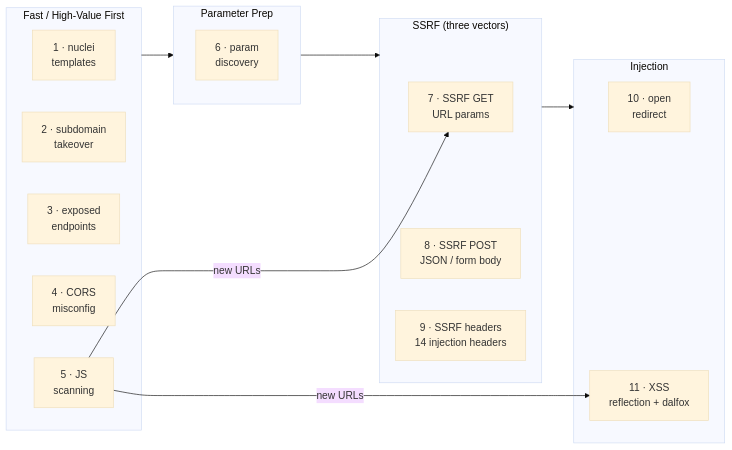
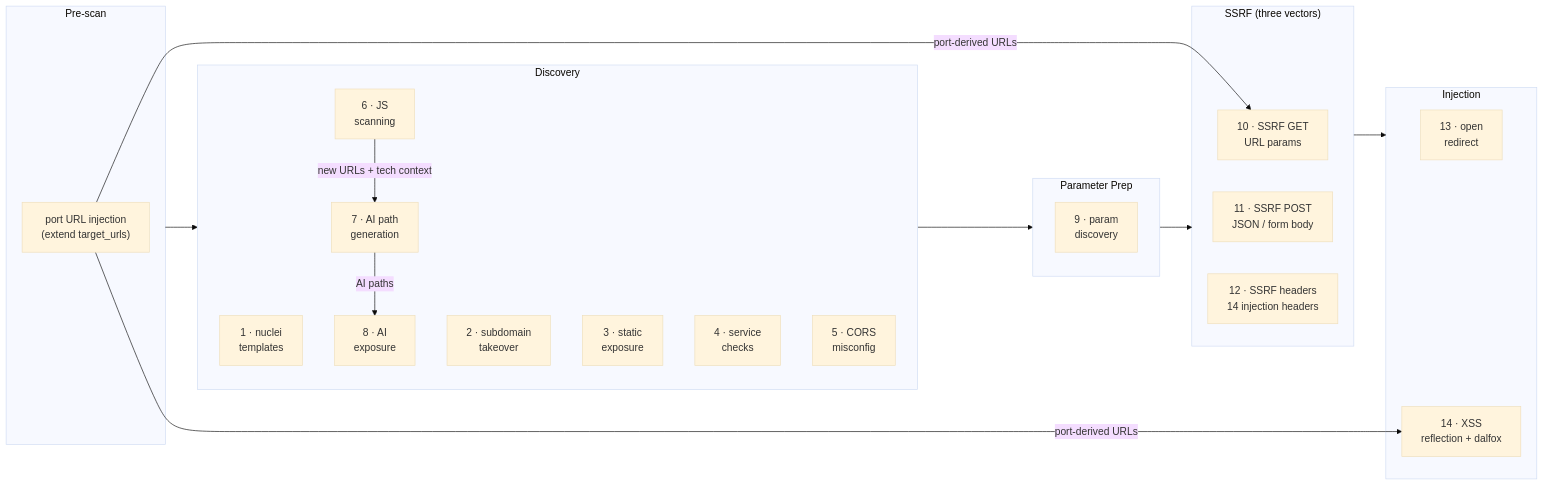
The third of 12 diagrams in README.md (chegelawrence/liminal), drawn with Mermaid (base theme) before and after one commit. The commit also changed other lines of this file and 13 other files, not shown here.

````diff
--- a/README.md
+++ b/README.md
@@ -237,30 +239,39 @@
 ```mermaid
 flowchart LR
-    subgraph FAST["Fast / High-Value First"]
+    subgraph PRE["Pre-scan"]
+        P0["port URL injection\n(extend target_urls)"]
+    end
+
+    subgraph FAST["Discovery"]
         P1["1 · nuclei\ntemplates"]
         P2["2 · subdomain\ntakeover"]
-        P3["3 · exposed\nendpoints"]
-        P4["4 · CORS\nmisconfig"]
-        P5["5 · JS\nscanning"]
+        P3["3 · static\nexposure"]
+        P4["4 · service\nchecks"]
+        P5["5 · CORS\nmisconfig"]
+        P6["6 · JS\nscanning"]
+        P7["7 · AI path\ngeneration"]
+        P8["8 · AI\nexposure"]
     end
 
     subgraph PARAM["Parameter Prep"]
-        P6["6 · param\ndiscovery"]
+        P9["9 · param\ndiscovery"]
     end
 
     subgraph SSRF_BLOCK["SSRF (three vectors)"]
-        P7["7 · SSRF GET\nURL params"]
-        P8["8 · SSRF POST\nJSON / form body"]
-        P9["9 · SSRF headers\n14 injection headers"]
+        P10["10 · SSRF GET\nURL params"]
+        P11["11 · SSRF POST\nJSON / form body"]
+        P12["12 · SSRF headers\n14 injection headers"]
     end
 
     subgraph INJECT["Injection"]
-        P10["10 · open\nredirect"]
-        P11["11 · XSS\nreflection + dalfox"]
+        P13["13 · open\nredirect"]
+        P14["14 · XSS\nreflection + dalfox"]
     end
 
-    FAST --> PARAM --> SSRF_BLOCK --> INJECT
+    PRE --> FAST --> PARAM --> SSRF_BLOCK --> INJECT
 
-    P5 --"new URLs"--> P7
-    P5 --"new URLs"--> P11
+    P6 --"new URLs + tech context"--> P7
+    P7 --"AI paths"--> P8
+    P0 --"port-derived URLs"--> P10
+    P0 --"port-derived URLs"--> P14
 ```
````
